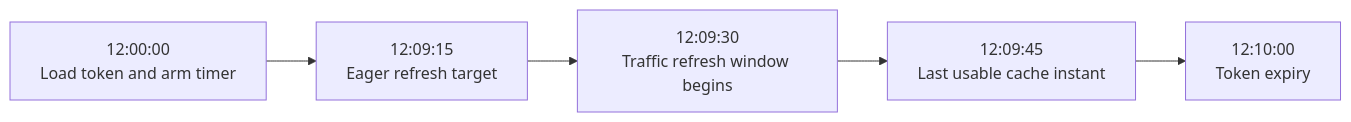
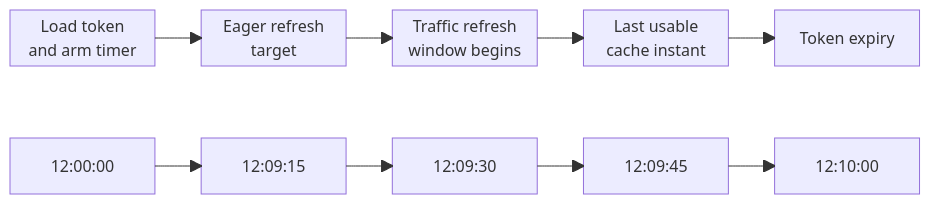
One commit to entur/jwt-resource-server changed the second of 11 diagrams in jwt-client/docs/eager-preemptive-refresh/README.md. Above: the diagram before and after it, drawn with Mermaid. The commit also changed other lines of this file and 1 other file, not shown here.

Commit message:
docs: align refresh timelines and rejection sequence

````diff
--- a/jwt-client/docs/eager-preemptive-refresh/README.md
+++ b/jwt-client/docs/eager-preemptive-refresh/README.md
@@ -57,7 +57,19 @@
 ```mermaid
-flowchart LR
-    A["12:00:00<br/>Load token and arm timer"] --> B["12:09:15<br/>Eager refresh target"]
-    B --> C["12:09:30<br/>Traffic refresh window begins"]
-    C --> D["12:09:45<br/>Last usable cache instant"]
-    D --> E["12:10:00<br/>Token expiry"]
+block-beta
+    columns 24
+    A["Load token<br/>and arm timer"]:4 space
+    B["Eager refresh<br/>target"]:4 space
+    C["Traffic refresh<br/>window begins"]:4 space
+    D["Last usable<br/>cache instant"]:4 space
+    E["Token expiry"]:4
+    space:24
+    T0["12:00:00"]:4 space T1["12:09:15"]:4 space T2["12:09:30"]:4 space T3["12:09:45"]:4 space T4["12:10:00"]:4
+    A --> B
+    B --> C
+    C --> D
+    D --> E
+    T0 --> T1
+    T1 --> T2
+    T2 --> T3
+    T3 --> T4
 ```
````
